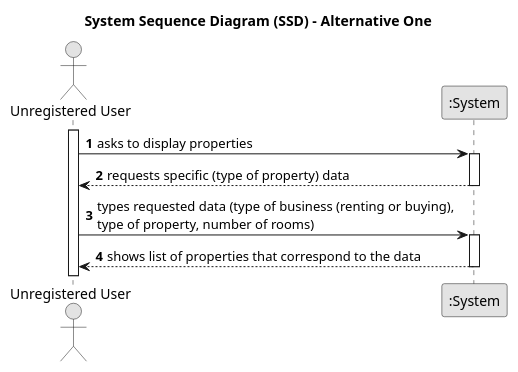
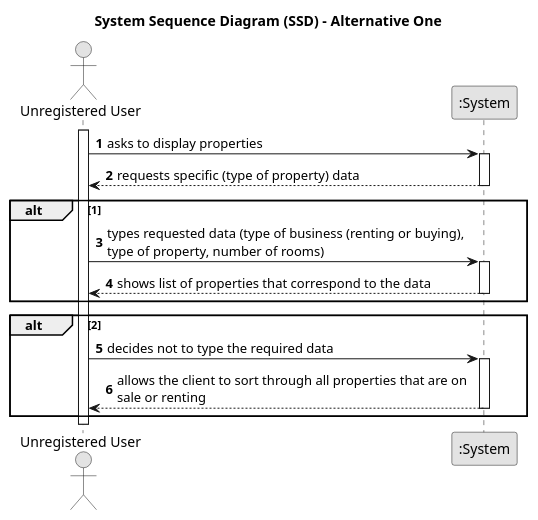
One commit to 1220812/LAPR2 changed the diagram in docs/sprintA/us001/01.requirements-engineering/puml/us001-system-sequence-diagram-alternative-one.puml. Above: the diagram before and after it, drawn with PlantUML. The commit also changed 2 other files, not shown here.

```diff
--- a/docs/sprintA/us001/01.requirements-engineering/puml/us001-system-sequence-diagram-alternative-one.puml
+++ b/docs/sprintA/us001/01.requirements-engineering/puml/us001-system-sequence-diagram-alternative-one.puml
@@ -1,27 +1,36 @@
 @startuml
 skinparam monochrome true
 skinparam packageStyle rectangle
 skinparam shadowing false
 
 title System Sequence Diagram (SSD) - Alternative One
 
 autonumber
 
 actor "Unregistered User" as Customer
 participant ":System" as System
 
 activate Customer
 
     Customer -> System : asks to display properties
     activate System
 
         System --> Customer : requests specific (type of property) data
     deactivate System
-
+alt 1
     Customer -> System : types requested data (type of business (renting or buying), \ntype of property, number of rooms)
     activate System
 
         System --> Customer : shows list of properties that correspond to the data
     deactivate System
+end
+
+alt 2
+    Customer -> System : decides not to type the required data
+        activate System
+
+            System --> Customer : allows the client to sort through all properties that are on \nsale or renting
+        deactivate System
+end
 
 @enduml
```
